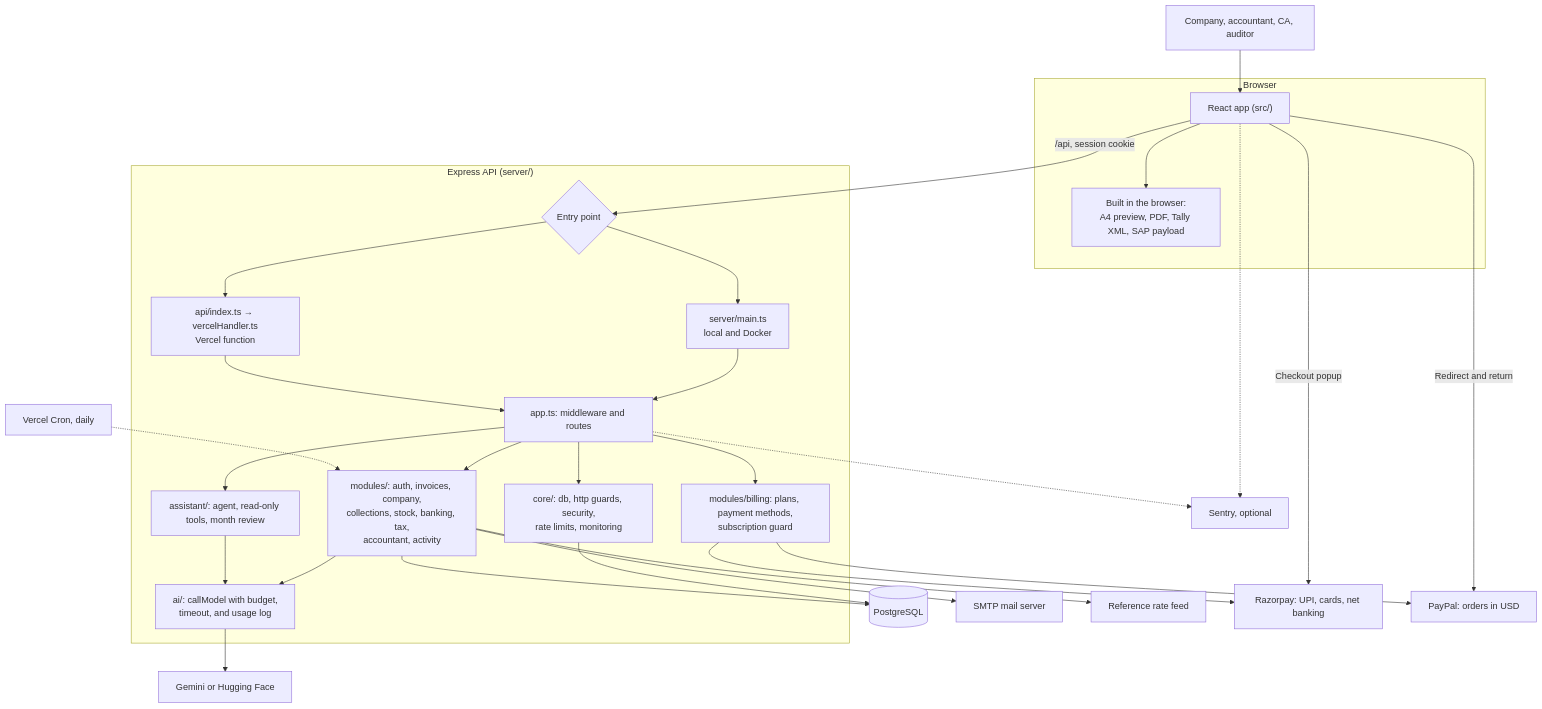
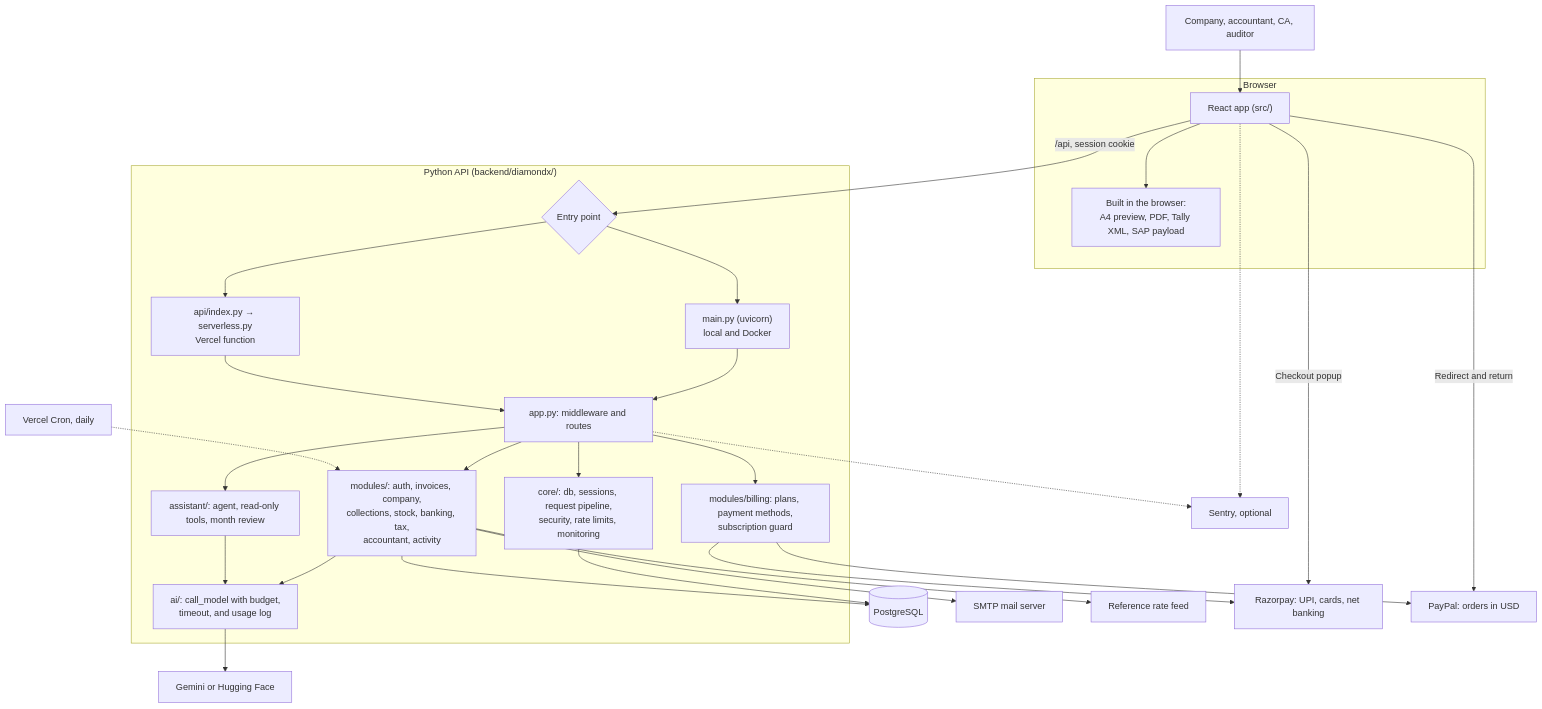
The first of 7 diagrams in README.md (ladkrutarth/diamledger), drawn with Mermaid before and after one commit. The commit also changed other lines of this file and 194 other files, not shown here.

First line of the commit message:
Port the API from Express/TypeScript to FastAPI/Python (#5)

````diff
--- a/README.md
+++ b/README.md
@@ -98,40 +98,40 @@
 ```mermaid
 flowchart TB
   user["Company, accountant, CA, auditor"] --> spa
 
   subgraph Browser
     spa["React app (src/)"]
     files["Built in the browser:<br/>A4 preview, PDF, Tally XML, SAP payload"]
     spa --> files
   end
 
   spa -- "/api, session cookie" --> entry
 
-  subgraph Server["Express API (server/)"]
+  subgraph Server["Python API (backend/diamondx/)"]
     entry{"Entry point"}
-    entry --> local["server/main.ts<br/>local and Docker"]
-    entry --> vercel["api/index.ts → vercelHandler.ts<br/>Vercel function"]
+    entry --> local["main.py (uvicorn)<br/>local and Docker"]
+    entry --> vercel["api/index.py → serverless.py<br/>Vercel function"]
     local --> app
     vercel --> app
-    app["app.ts: middleware and routes"]
-    app --> core["core/: db, http guards, security,<br/>rate limits, monitoring"]
+    app["app.py: middleware and routes"]
+    app --> core["core/: db, sessions, request pipeline,<br/>security, rate limits, monitoring"]
     app --> modules["modules/: auth, invoices, company,<br/>collections, stock, banking, tax,<br/>accountant, activity"]
     app --> assistant["assistant/: agent, read-only tools, month review"]
     app --> billing["modules/billing: plans, payment methods,<br/>subscription guard"]
-    modules --> ai["ai/: callModel with budget,<br/>timeout, and usage log"]
+    modules --> ai["ai/: call_model with budget,<br/>timeout, and usage log"]
     assistant --> ai
   end
 
   core --> db[("PostgreSQL")]
   modules --> db
   ai --> llm["Gemini or Hugging Face"]
   modules --> smtp["SMTP mail server"]
   modules --> rates["Reference rate feed"]
   billing --> razorpay["Razorpay: UPI, cards, net banking"]
   billing --> paypal["PayPal: orders in USD"]
   spa -- "Checkout popup" --> razorpay
   spa -- "Redirect and return" --> paypal
   cron["Vercel Cron, daily"] -.-> modules
   app -.-> sentry["Sentry, optional"]
   spa -.-> sentry
 ```
````
